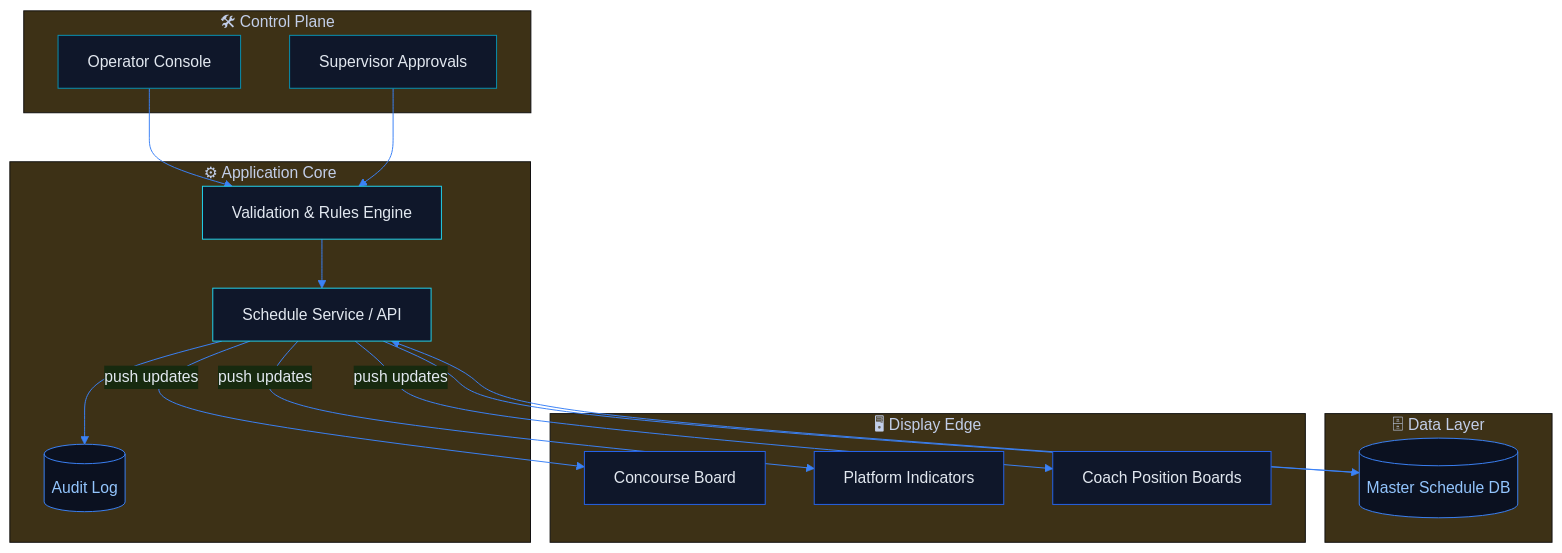
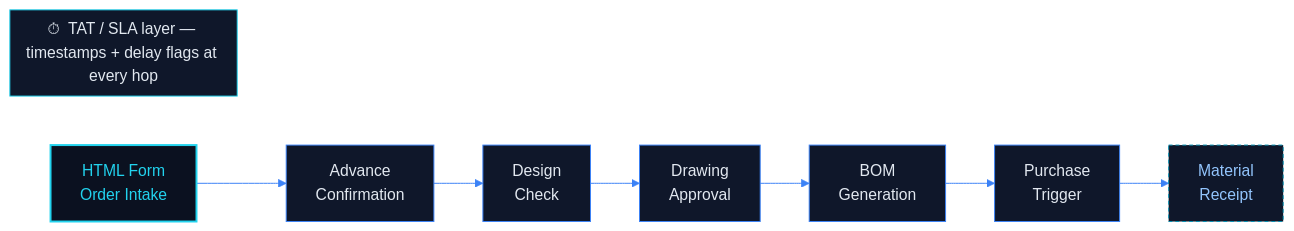
Before and after one commit to abhishek8762a/abhishek8762a: the second of 4 diagrams in README.md, drawn with Mermaid. The commit also changed other lines of this file, not shown here.

````diff
--- a/README.md
+++ b/README.md
@@ -369,36 +348,15 @@
 ```mermaid
 %%{init: {'theme':'base','themeVariables':{'primaryColor':'#0F172A','primaryTextColor':'#E2E8F0','primaryBorderColor':'#22D3EE','lineColor':'#3B82F6','fontFamily':'Fira Code'}}}%%
-flowchart TB
-    subgraph Control["🛠  Control Plane"]
-        OP[Operator Console]:::ctrl
-        SUP[Supervisor Approvals]:::ctrl
+flowchart LR
+    F[HTML Form<br/>Order Intake]:::in --> A[Advance<br/>Confirmation]:::s
+    A --> D[Design<br/>Check]:::s
+    D --> DR[Drawing<br/>Approval]:::s
+    DR --> B[BOM<br/>Generation]:::s
+    B --> P[Purchase<br/>Trigger]:::s
+    P --> M[Material<br/>Receipt]:::next
+    subgraph TAT["⏱  TAT / SLA layer — timestamps + delay flags at every hop"]
     end
-    subgraph Core["⚙  Application Core"]
-        API[Schedule Service / API]:::core
-        VAL[Validation & Rules Engine]:::core
-        LOG[(Audit Log)]:::store
-    end
-    subgraph Data["🗄  Data Layer"]
-        DB[(Master Schedule DB)]:::store
-    end
-    subgraph Edge["🖥  Display Edge"]
-        B1[Concourse Board]:::edge
-        B2[Platform Indicators]:::edge
-        B3[Coach Position Boards]:::edge
-    end
-
-    OP --> VAL
-    SUP --> VAL
-    VAL --> API
-    API --> DB
-    API --> LOG
-    DB --> API
-    API -->|push updates| B1
-    API -->|push updates| B2
-    API -->|push updates| B3
-
-    classDef ctrl fill:#0F172A,stroke:#0891B2,color:#E2E8F0;
-    classDef core fill:#0F172A,stroke:#22D3EE,color:#E2E8F0;
-    classDef store fill:#0B1120,stroke:#3B82F6,color:#93C5FD;
-    classDef edge fill:#0F172A,stroke:#2563EB,color:#E2E8F0;
+    classDef in fill:#0B1120,stroke:#22D3EE,color:#22D3EE,stroke-width:2px;
+    classDef s fill:#0F172A,stroke:#3B82F6,color:#E2E8F0;
+    classDef next fill:#0F172A,stroke:#0891B2,color:#93C5FD,stroke-dasharray:4 3;
 ```
````
